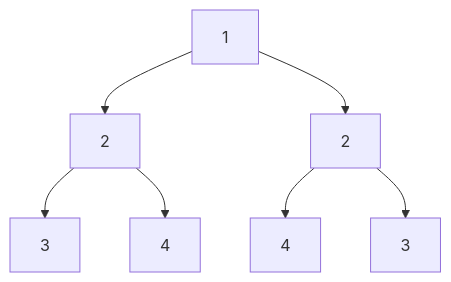
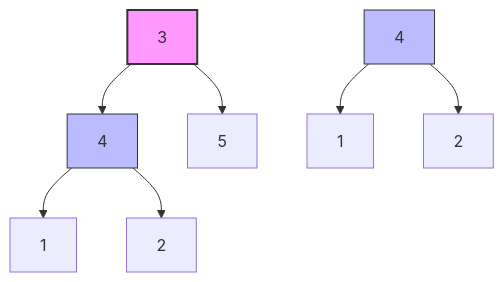
Before and after one commit to ClaudiuBogdan/musclecode-backend-main-service: the second of 4 diagrams in src/modules/algorithm/seed/algorithms/binary-tree-compare/lessons/006_related_problems.md, drawn with Mermaid. The commit also changed other lines of this file and 90 other files, not shown here.

````diff
--- a/src/modules/algorithm/seed/algorithms/binary-tree-compare/lessons/006_related_problems.md
+++ b/src/modules/algorithm/seed/algorithms/binary-tree-compare/lessons/006_related_problems.md
@@ -44,9 +84,14 @@
 ```mermaid
 graph TD;
-    A[1] --> B[2]
-    A --> C[2]
-    B --> D[3]
-    B --> E[4]
-    C --> F[4]
-    C --> G[3]
+    A1[3] --> B1[4]
+    A1 --> C1[5]
+    B1 --> D1[1]
+    B1 --> E1[2]
+    
+    A2[4] --> B2[1]
+    A2 --> C2[2]
+    
+    style A1 fill:#f9f,stroke:#333,stroke-width:2px
+    style B1 fill:#bbf,stroke:#333,stroke-width:1px
+    style A2 fill:#bbf,stroke:#333,stroke-width:1px
 ```
````
